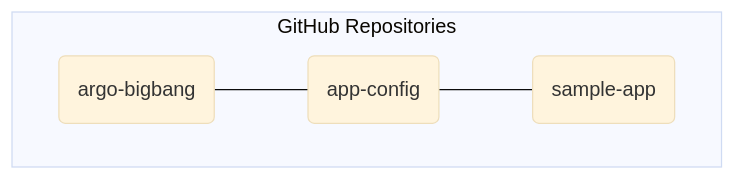
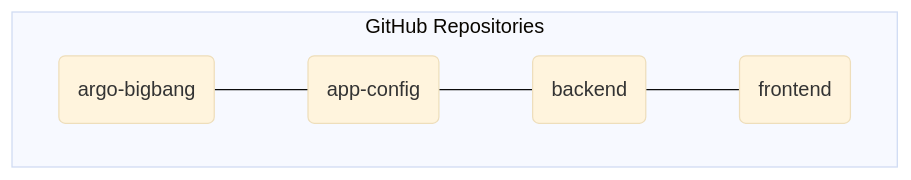
The first of 2 diagrams in profile/README.md (argo-universe/.github), drawn with Mermaid (base theme) before and after one commit.

````diff
--- a/profile/README.md
+++ b/profile/README.md
@@ -18,9 +18,10 @@
 ``` mermaid
 flowchart  TB
 subgraph GitHub Repositories
     abb(argo-bigbang) ---
     acnf(app-config) ---
-    sample-app(sample-app)
+    backend(backend)---
+    frontend(frontend)
 end
 
 ```
````
